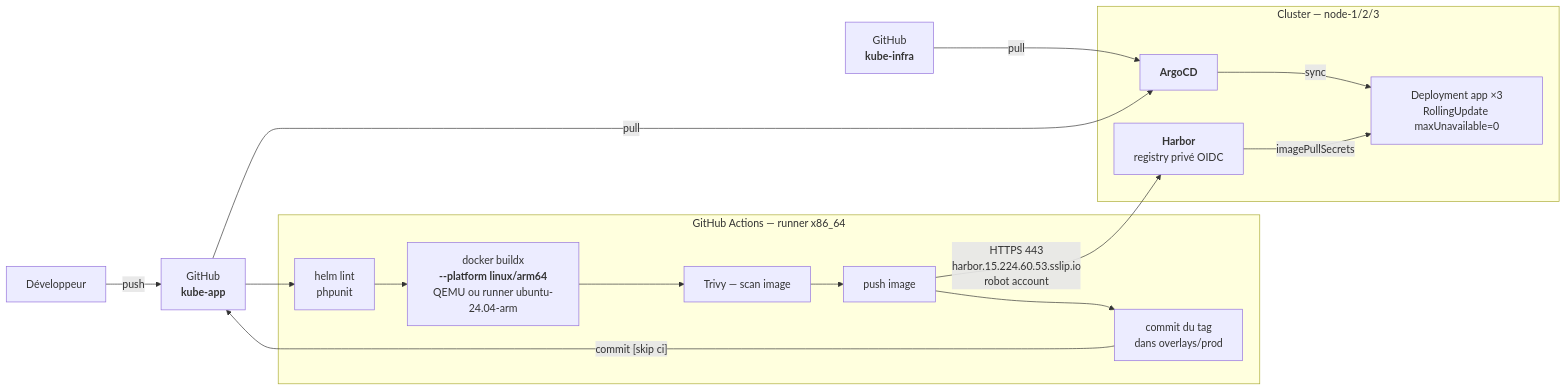
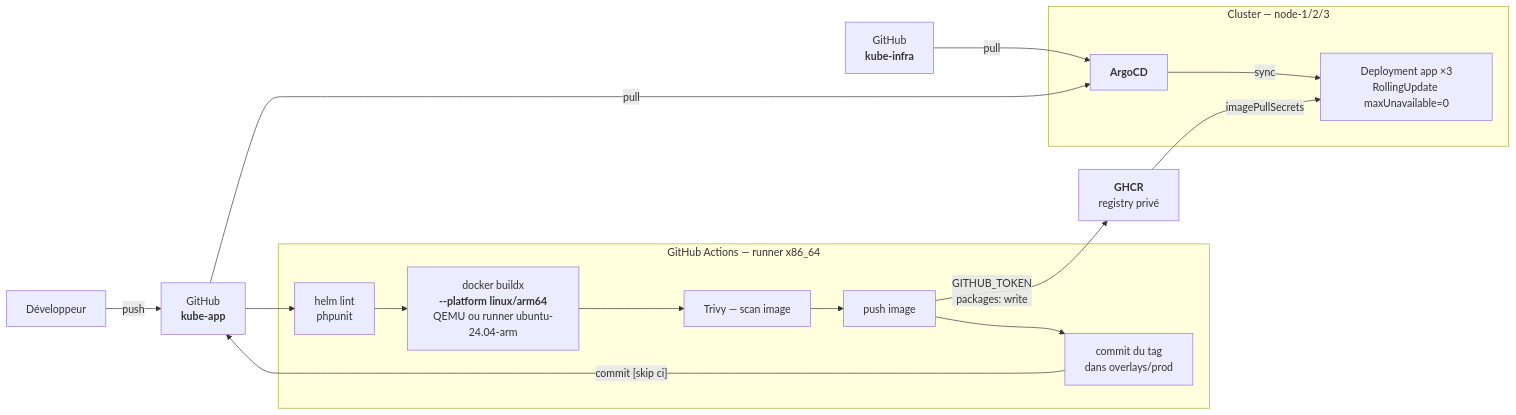
One commit to m1k0t0f667/kube changed the second of 3 diagrams in docs/contraintes-et-outillage.md. Above: the diagram before and after it, drawn with Mermaid. The commit also changed other lines of this file and 5 other files, not shown here.

First line of the commit message:
chore: retire Harbor, le registry retenu est GHCR (KUB-76)

````diff
--- a/docs/contraintes-et-outillage.md
+++ b/docs/contraintes-et-outillage.md
@@ -170,29 +170,30 @@
 ```mermaid
 flowchart LR
     dev["Développeur"]
     app["GitHub<br/><b>kube-app</b>"]
     infra["GitHub<br/><b>kube-infra</b>"]
 
     subgraph ga["GitHub Actions — runner x86_64"]
         lint["helm lint<br/>phpunit"]
         build["docker buildx<br/><b>--platform linux/arm64</b><br/>QEMU ou runner ubuntu-24.04-arm"]
         scan["Trivy — scan image"]
         push["push image"]
         bump["commit du tag<br/>dans overlays/prod"]
     end
 
+    ghcr["<b>GHCR</b><br/>registry privé"]
+
     subgraph cluster["Cluster — node-1/2/3"]
-        harbor["<b>Harbor</b><br/>registry privé OIDC"]
         argo["<b>ArgoCD</b>"]
         wl["Deployment app ×3<br/>RollingUpdate maxUnavailable=0"]
     end
 
     dev -->|"push"| app
     app --> lint --> build --> scan --> push
-    push -->|"HTTPS 443<br/>harbor.15.224.60.53.sslip.io<br/>robot account"| harbor
+    push -->|"GITHUB_TOKEN<br/>packages: write"| ghcr
     push --> bump -->|"commit [skip ci]"| app
     infra -->|"pull"| argo
     app -->|"pull"| argo
     argo -->|"sync"| wl
-    harbor -->|"imagePullSecrets"| wl
+    ghcr -->|"imagePullSecrets"| wl
 ```
````
